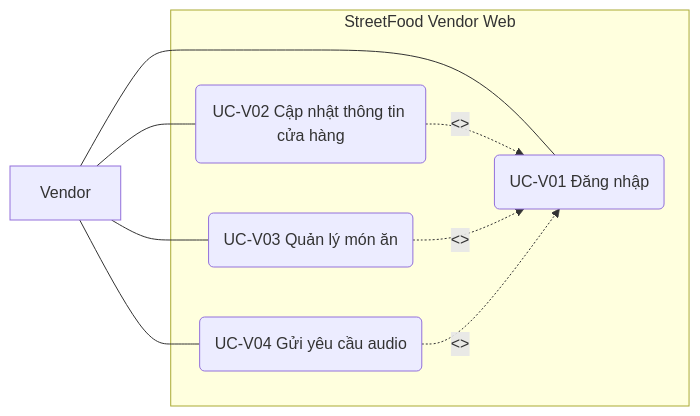
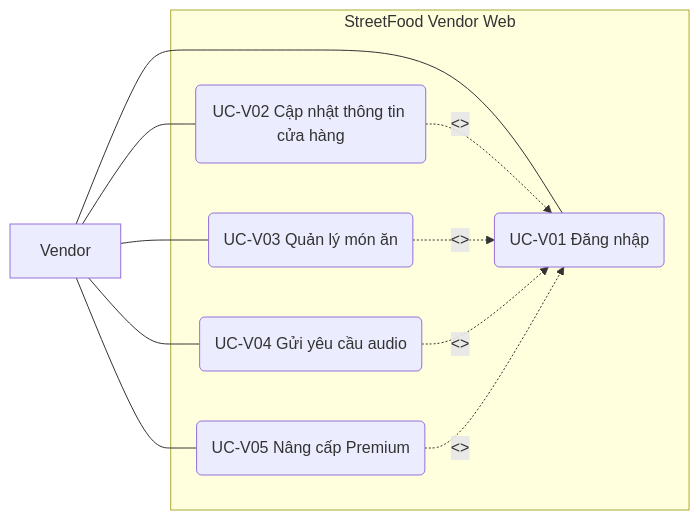
The fourth of 47 diagrams in prd.md (NguyenPhuc-Du/StreetFood), drawn with Mermaid before and after one commit. The commit also changed other lines of this file and 34 other files, not shown here.

````diff
--- a/prd.md
+++ b/prd.md
@@ -686,17 +690,20 @@
 ```mermaid
 flowchart LR
     V[Vendor]
     subgraph VW[StreetFood Vendor Web]
       V1(UC-V01 Đăng nhập)
       V2(UC-V02 Cập nhật thông tin cửa hàng)
       V3(UC-V03 Quản lý món ăn)
       V4(UC-V04 Gửi yêu cầu audio)
+      V5(UC-V05 Nâng cấp Premium)
     end
     V --- V1
     V --- V2
     V --- V3
     V --- V4
+    V --- V5
     V2 -. "<<include>>" .-> V1
     V3 -. "<<include>>" .-> V1
     V4 -. "<<include>>" .-> V1
+    V5 -. "<<include>>" .-> V1
 ```
````
